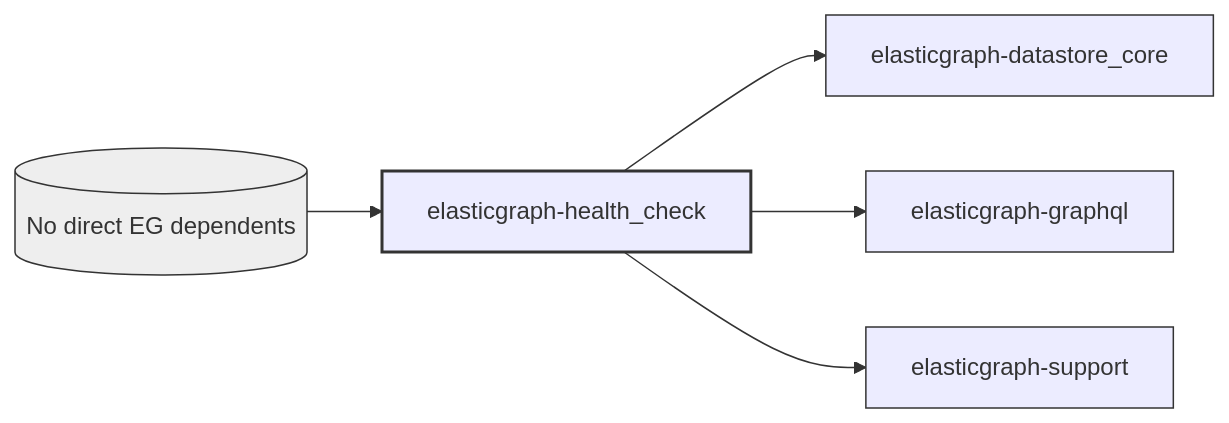
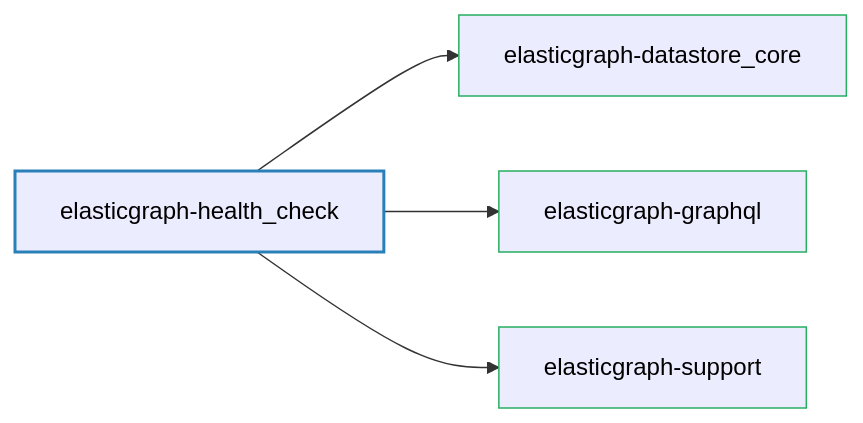
The diagram in elasticgraph-health_check/README.md (block/elasticgraph), drawn with Mermaid before and after one commit. The commit also changed 21 other files, not shown here.

````diff
--- a/elasticgraph-health_check/README.md
+++ b/elasticgraph-health_check/README.md
@@ -27,16 +27,14 @@
 ```mermaid
 graph LR;
+    elasticgraph-health_check["elasticgraph-health_check"];
+    elasticgraph-datastore_core["elasticgraph-datastore_core"];
     elasticgraph-health_check --> elasticgraph-datastore_core;
+    elasticgraph-graphql["elasticgraph-graphql"];
     elasticgraph-health_check --> elasticgraph-graphql;
+    elasticgraph-support["elasticgraph-support"];
     elasticgraph-health_check --> elasticgraph-support;
-    no_eg_dependents[(No direct EG dependents)] --> elasticgraph-health_check;
-    classDef currentGemStyle fill:#lightblue,stroke:#333,stroke-width:2px;
-    classDef internalEgGemStyle fill:#lightgreen,stroke:#333,stroke-width:1px;
-    classDef externalGemStyle fill:#lightcoral,stroke:#333,stroke-width:1px;
-    classDef placeholderNodeStyle fill:#eee,stroke:#333,stroke-width:1px;
-    class elasticgraph-health_check currentGemStyle;
-    class elasticgraph-datastore_core internalEgGemStyle;
-    class elasticgraph-graphql internalEgGemStyle;
-    class elasticgraph-support internalEgGemStyle;
-    class no_eg_dependents placeholderNodeStyle;
+    style elasticgraph-health_check fill:#lightblue,stroke:#2980b9,stroke-width:2px,color:#000;
+    style elasticgraph-datastore_core fill:#lightgreen,stroke:#27ae60,stroke-width:1px,color:#000;
+    style elasticgraph-graphql fill:#lightgreen,stroke:#27ae60,stroke-width:1px,color:#000;
+    style elasticgraph-support fill:#lightgreen,stroke:#27ae60,stroke-width:1px,color:#000;
 ```
````
